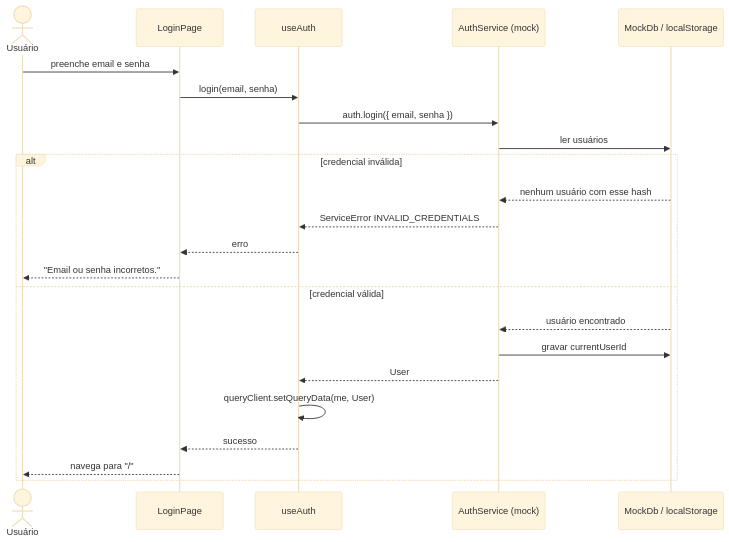
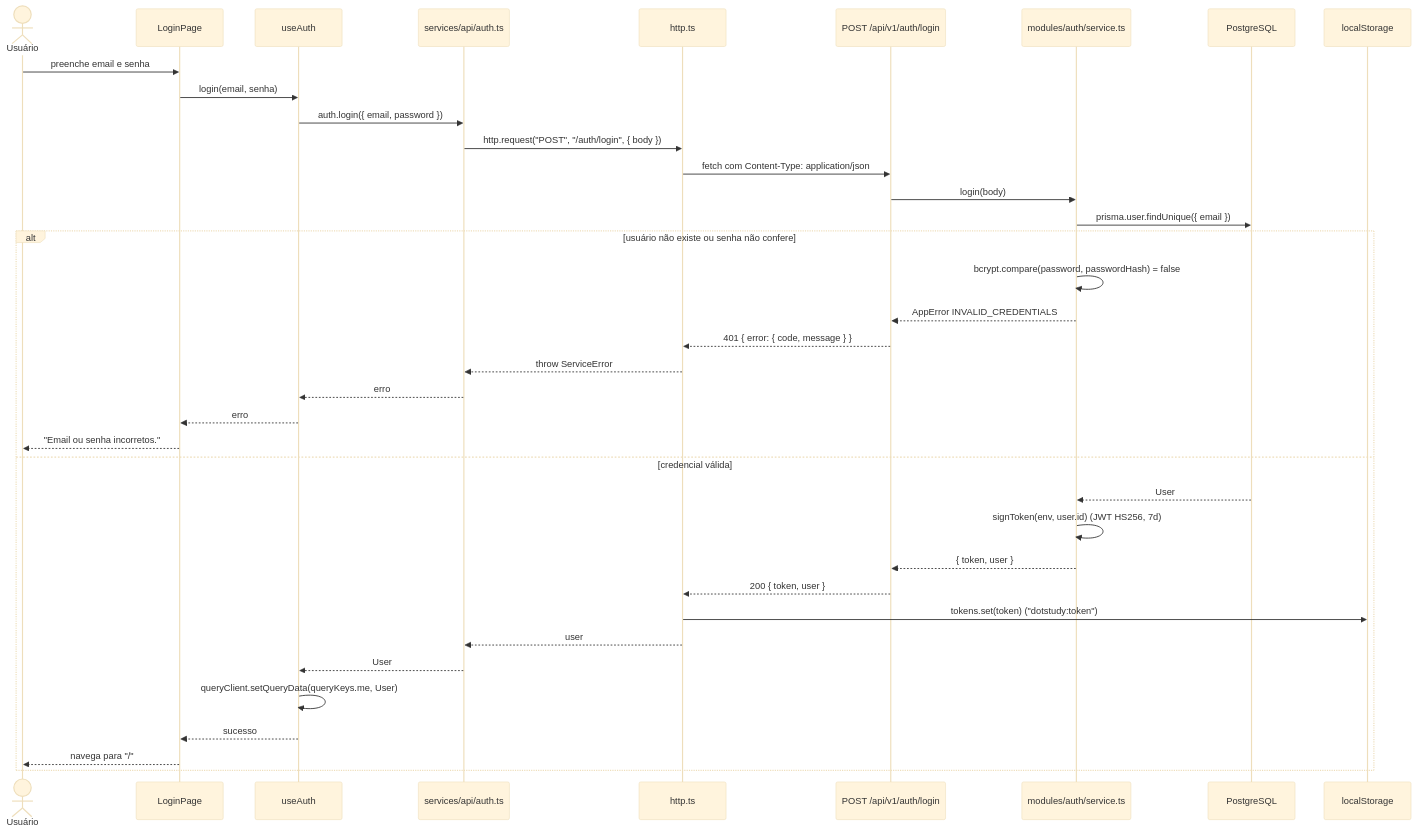
The third of 11 diagrams in docs/04-modelagem-uml.md (lucvs07/dot-study), drawn with Mermaid (base theme) before and after one commit. The commit also changed other lines of this file and 3 other files, not shown here.

Commit message:
docs: atualizar requisitos, escopo, UML e jornada para a versão final

````diff
--- a/docs/04-modelagem-uml.md
+++ b/docs/04-modelagem-uml.md
@@ -149,26 +169,40 @@
 ```mermaid
 sequenceDiagram
     actor U as Usuário
     participant LP as LoginPage
     participant Auth as useAuth
-    participant Svc as AuthService (mock)
-    participant DB as MockDb / localStorage
+    participant Svc as services/api/auth.ts
+    participant Http as http.ts
+    participant API as POST /api/v1/auth/login
+    participant AuthSvc as modules/auth/service.ts
+    participant DB as PostgreSQL
+    participant LS as localStorage
 
     U ->> LP: preenche email e senha
     LP ->> Auth: login(email, senha)
-    Auth ->> Svc: auth.login({ email, senha })
-    Svc ->> DB: ler usuários
-    alt credencial inválida
-        DB -->> Svc: nenhum usuário com esse hash
-        Svc -->> Auth: ServiceError INVALID_CREDENTIALS
+    Auth ->> Svc: auth.login({ email, password })
+    Svc ->> Http: http.request("POST", "/auth/login", { body })
+    Http ->> API: fetch com Content-Type: application/json
+    API ->> AuthSvc: login(body)
+    AuthSvc ->> DB: prisma.user.findUnique({ email })
+    alt usuário não existe ou senha não confere
+        AuthSvc ->> AuthSvc: bcrypt.compare(password, passwordHash) = false
+        AuthSvc -->> API: AppError INVALID_CREDENTIALS
+        API -->> Http: 401 { error: { code, message } }
+        Http -->> Svc: throw ServiceError
+        Svc -->> Auth: erro
         Auth -->> LP: erro
         LP -->> U: "Email ou senha incorretos."
     else credencial válida
-        DB -->> Svc: usuário encontrado
-        Svc ->> DB: gravar currentUserId
+        DB -->> AuthSvc: User
+        AuthSvc ->> AuthSvc: signToken(env, user.id) (JWT HS256, 7d)
+        AuthSvc -->> API: { token, user }
+        API -->> Http: 200 { token, user }
+        Http ->> LS: tokens.set(token) ("dotstudy:token")
+        Http -->> Svc: user
         Svc -->> Auth: User
-        Auth ->> Auth: queryClient.setQueryData(me, User)
+        Auth ->> Auth: queryClient.setQueryData(queryKeys.me, User)
         Auth -->> LP: sucesso
         LP -->> U: navega para "/"
     end
 ```
````
